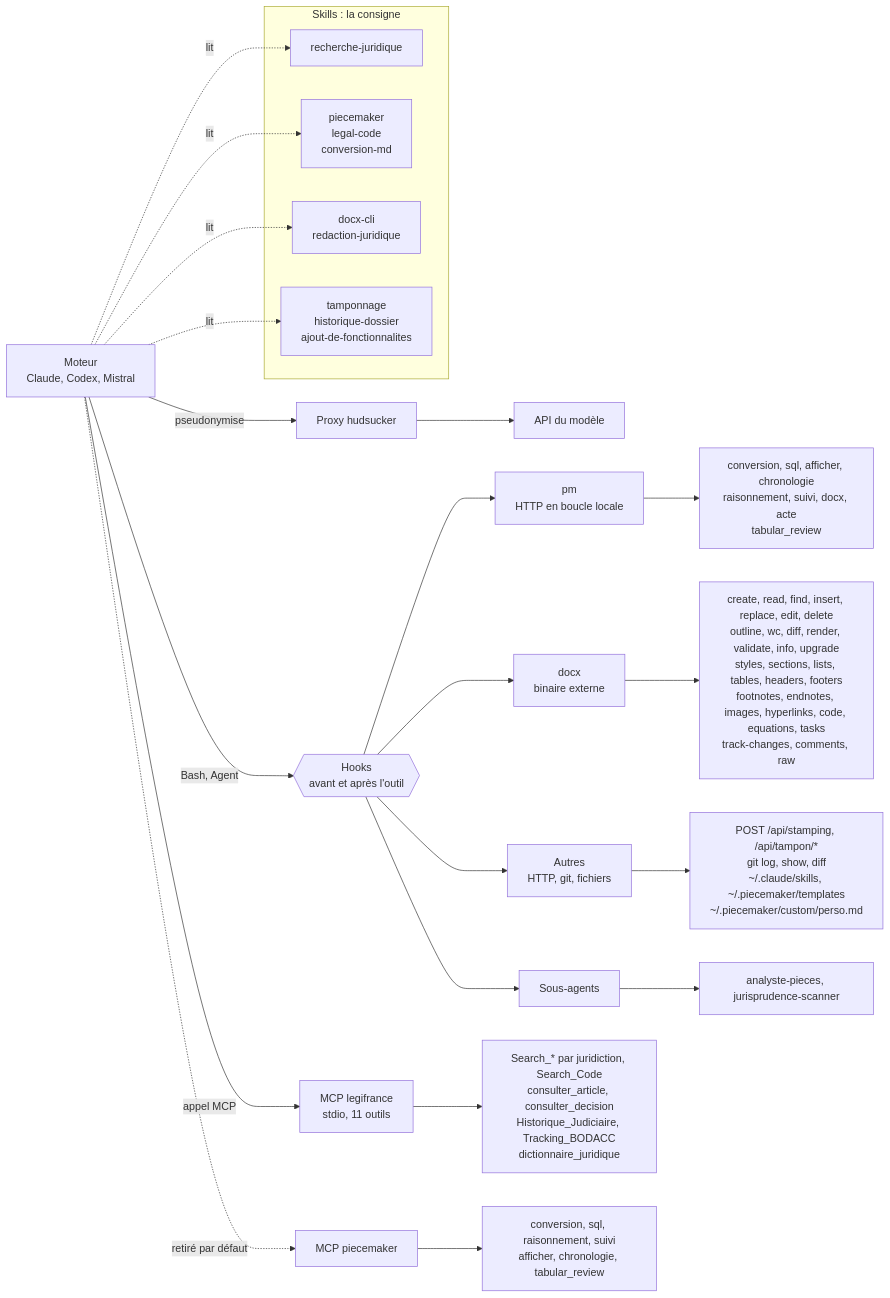
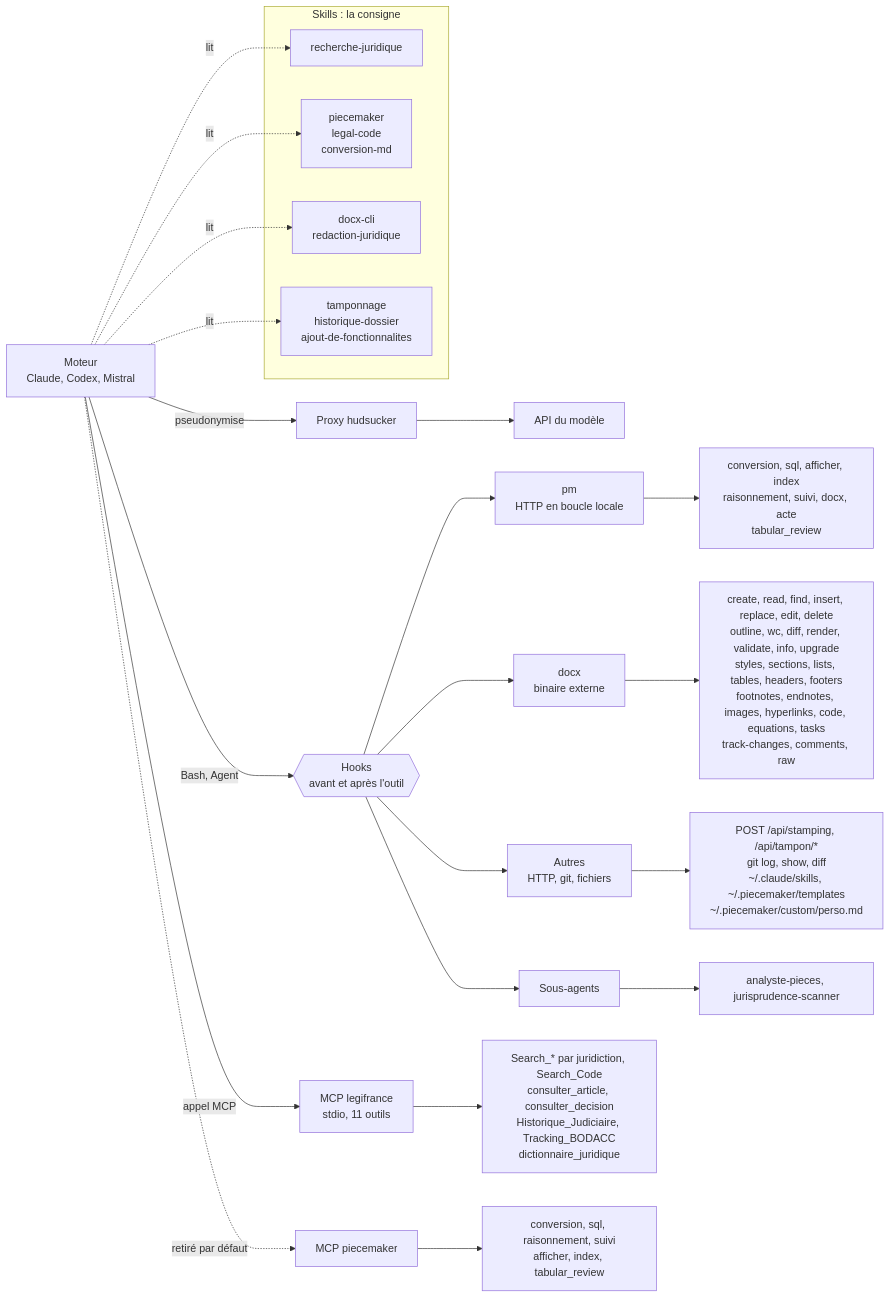
Before and after one commit to PieceMaker-Legal/piecemaker-droit-francais: the diagram in docs/inventaire-outils.md, drawn with Mermaid. The commit also changed other lines of this file and 9 other files, not shown here.

First line of the commit message:
refactor(index): renommer pm chronologie et l'outil MCP en index

````diff
--- a/docs/inventaire-outils.md
+++ b/docs/inventaire-outils.md
@@ -7,34 +7,34 @@
 ```mermaid
 flowchart LR
   subgraph S[Skills : la consigne]
     S1[recherche-juridique]
     S2[piecemaker<br/>legal-code<br/>conversion-md]
     S3[docx-cli<br/>redaction-juridique]
     S4[tamponnage<br/>historique-dossier<br/>ajout-de-fonctionnalites]
   end
 
   M[Moteur<br/>Claude, Codex, Mistral]
   P[Proxy hudsucker] --> API[API du modèle]
   H{{Hooks<br/>avant et après l'outil}}
 
   M -. lit .-> S1
   M -. lit .-> S2
   M -. lit .-> S3
   M -. lit .-> S4
   M -- pseudonymise --> P
 
   M -- appel MCP --> L[MCP legifrance<br/>stdio, 11 outils]
   M -- Bash, Agent --> H
   H --> PM[pm<br/>HTTP en boucle locale]
   H --> D[docx<br/>binaire externe]
   H --> O[Autres<br/>HTTP, git, fichiers]
   H --> A[Sous-agents]
   M -. retiré par défaut .-> R[MCP piecemaker]
 
   L --> L1[Search_* par juridiction, Search_Code<br/>consulter_article, consulter_decision<br/>Historique_Judiciaire, Tracking_BODACC<br/>dictionnaire_juridique]
-  PM --> PM1[conversion, sql, afficher, chronologie<br/>raisonnement, suivi, docx, acte<br/>tabular_review]
+  PM --> PM1[conversion, sql, afficher, index<br/>raisonnement, suivi, docx, acte<br/>tabular_review]
   D --> D1[create, read, find, insert, replace, edit, delete<br/>outline, wc, diff, render, validate, info, upgrade<br/>styles, sections, lists, tables, headers, footers<br/>footnotes, endnotes, images, hyperlinks, code, equations, tasks<br/>track-changes, comments, raw]
   O --> O1[POST /api/stamping, /api/tampon/*<br/>git log, show, diff<br/>~/.claude/skills, ~/.piecemaker/templates<br/>~/.piecemaker/custom/perso.md]
   A --> A1[analyste-pieces, jurisprudence-scanner]
-  R --> R1[conversion, sql, raisonnement, suivi<br/>afficher, chronologie, tabular_review]
+  R --> R1[conversion, sql, raisonnement, suivi<br/>afficher, index, tabular_review]
 ```
````
